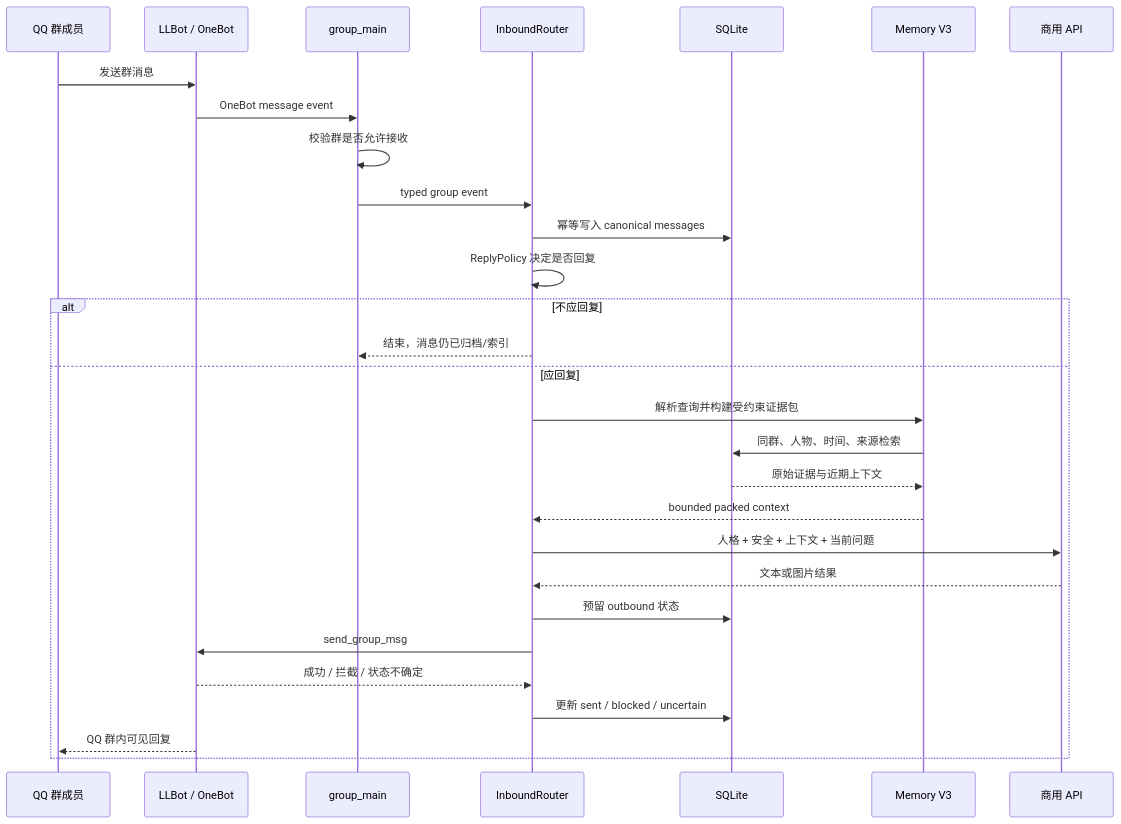
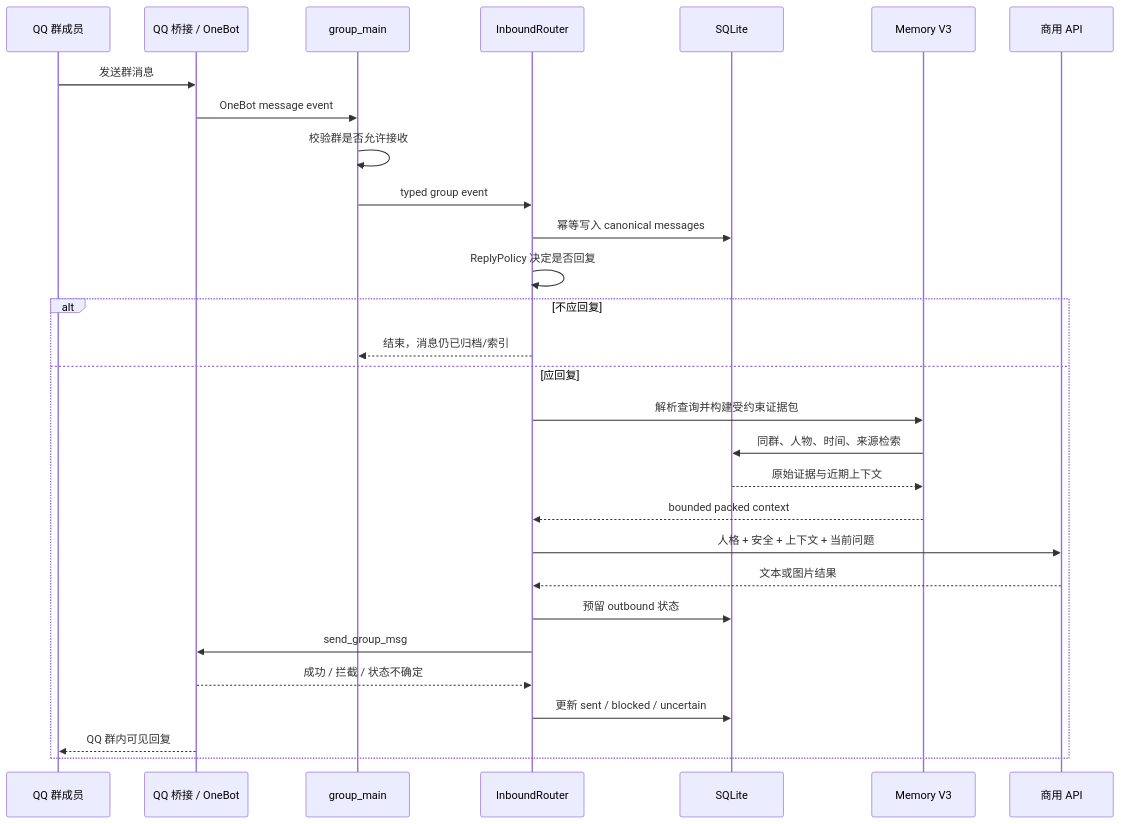
One commit to MagicIndex135731/Komachi-qq-aibot changed the second of 3 diagrams in docs/ARCHITECTURE.md. Above: the diagram before and after it, drawn with Mermaid. The commit also changed other lines of this file and 6 other files, not shown here.

````diff
--- a/docs/ARCHITECTURE.md
+++ b/docs/ARCHITECTURE.md
@@ -69,32 +69,32 @@
 ```mermaid
 sequenceDiagram
     participant U as QQ 群成员
-    participant Q as LLBot / OneBot
+    participant Q as QQ 桥接 / OneBot
     participant G as group_main
     participant R as InboundRouter
     participant D as SQLite
     participant M as Memory V3
     participant A as 商用 API
 
     U->>Q: 发送群消息
     Q->>G: OneBot message event
     G->>G: 校验群是否允许接收
     G->>R: typed group event
     R->>D: 幂等写入 canonical messages
     R->>R: ReplyPolicy 决定是否回复
     alt 不应回复
         R-->>G: 结束，消息仍已归档/索引
     else 应回复
         R->>M: 解析查询并构建受约束证据包
         M->>D: 同群、人物、时间、来源检索
         D-->>M: 原始证据与近期上下文
         M-->>R: bounded packed context
         R->>A: 人格 + 安全 + 上下文 + 当前问题
         A-->>R: 文本或图片结果
         R->>D: 预留 outbound 状态
         R->>Q: send_group_msg
         Q-->>R: 成功 / 拦截 / 状态不确定
         R->>D: 更新 sent / blocked / uncertain
         Q-->>U: QQ 群内可见回复
     end
 ```
````
